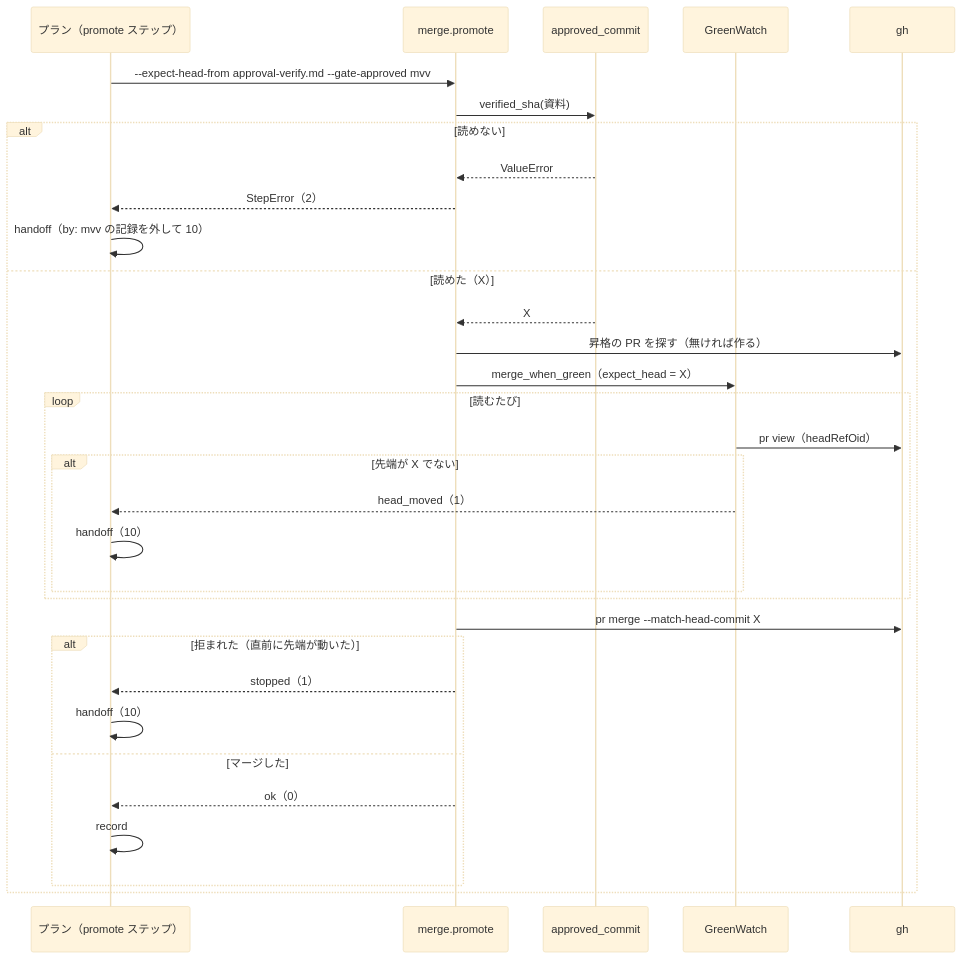
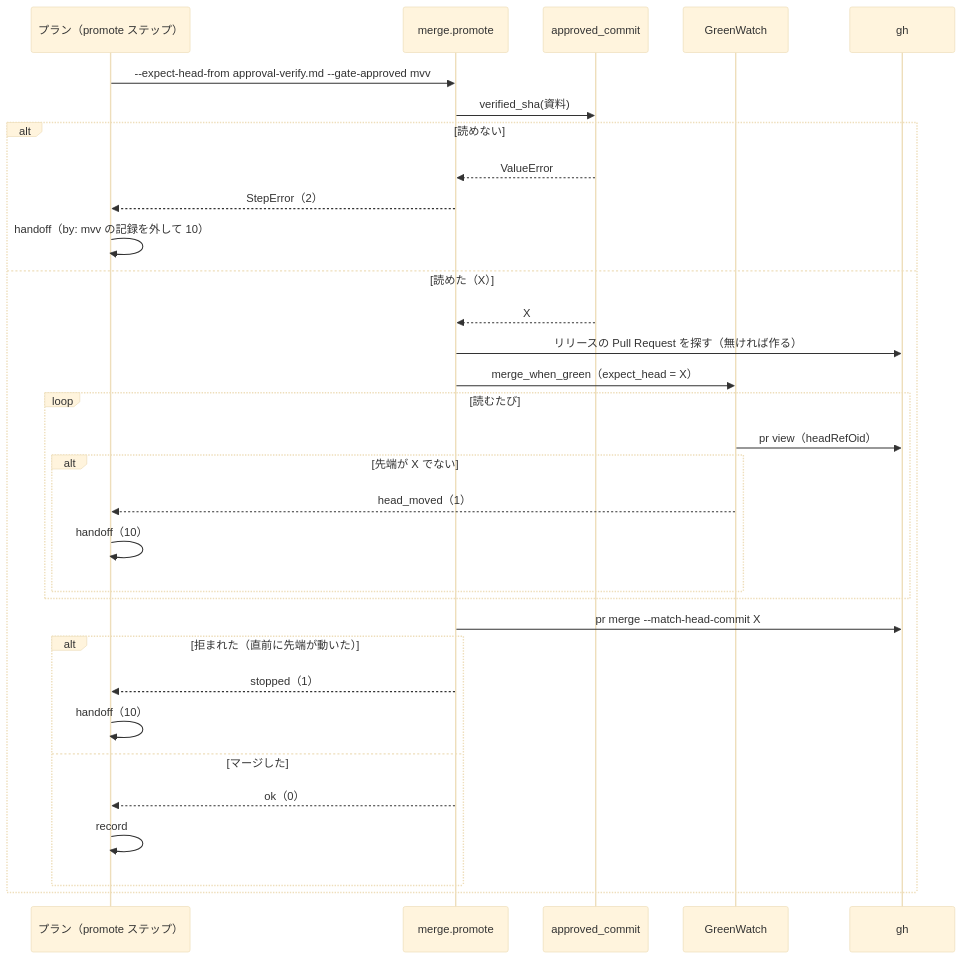
The second of 2 diagrams in docs/specifications/ndf-release-approved-commit.md (devbasex/ai-plugins), drawn with Mermaid (base theme) before and after one commit. The commit also changed other lines of this file and 11 other files, not shown here.

````diff
--- a/docs/specifications/ndf-release-approved-commit.md
+++ b/docs/specifications/ndf-release-approved-commit.md
@@ -246,34 +246,34 @@
 ```mermaid
 sequenceDiagram
     participant S as プラン（promote ステップ）
     participant P as merge.promote
     participant A as approved_commit
     participant G as GreenWatch
     participant GH as gh
     S->>P: --expect-head-from approval-verify.md --gate-approved mvv
     P->>A: verified_sha(資料)
     alt 読めない
         A-->>P: ValueError
         P-->>S: StepError（2）
         S->>S: handoff（by: mvv の記録を外して 10）
     else 読めた（X）
         A-->>P: X
-        P->>GH: 昇格の PR を探す（無ければ作る）
+        P->>GH: リリースの Pull Request を探す（無ければ作る）
         P->>G: merge_when_green（expect_head = X）
         loop 読むたび
             G->>GH: pr view（headRefOid）
             alt 先端が X でない
                 G-->>S: head_moved（1）
                 S->>S: handoff（10）
             end
         end
         P->>GH: pr merge --match-head-commit X
         alt 拒まれた（直前に先端が動いた）
             P-->>S: stopped（1）
             S->>S: handoff（10）
         else マージした
             P-->>S: ok（0）
             S->>S: record
         end
     end
 ```
````
